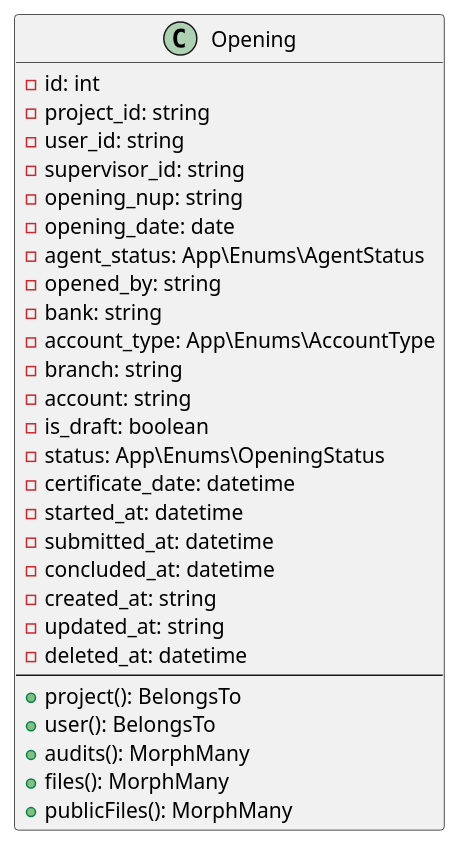
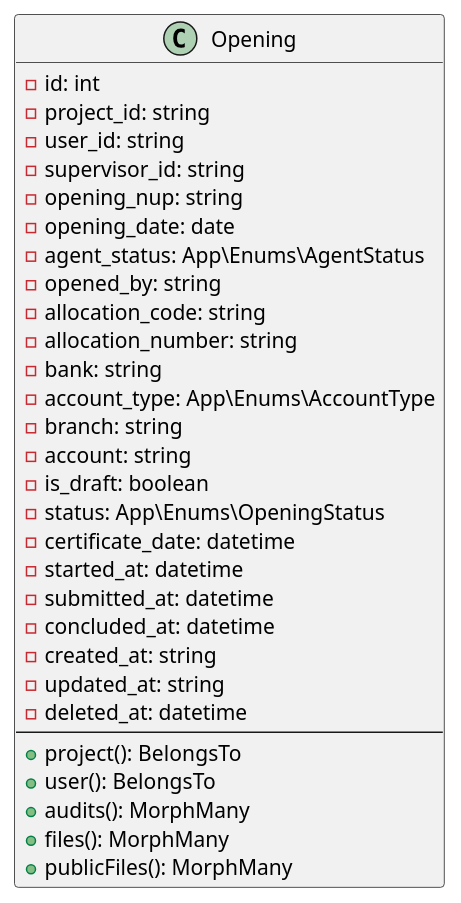
One commit to secultce/efomento changed the diagram in docs/diagrams/classes/Opening.puml. Above: the diagram before and after it, drawn with PlantUML. The commit also changed 12 other files, not shown here.

```diff
--- a/docs/diagrams/classes/Opening.puml
+++ b/docs/diagrams/classes/Opening.puml
@@ -1,33 +1,35 @@
 @startuml Opening
 
 class Opening {
     -id: int
     -project_id: string
     -user_id: string
     -supervisor_id: string
     -opening_nup: string
     -opening_date: date
     -agent_status: App\Enums\AgentStatus
     -opened_by: string
+    -allocation_code: string
+    -allocation_number: string
     -bank: string
     -account_type: App\Enums\AccountType
     -branch: string
     -account: string
     -is_draft: boolean
     -status: App\Enums\OpeningStatus
     -certificate_date: datetime
     -started_at: datetime
     -submitted_at: datetime
     -concluded_at: datetime
     -created_at: string
     -updated_at: string
     -deleted_at: datetime
     --
     +project(): BelongsTo
     +user(): BelongsTo
     +audits(): MorphMany
     +files(): MorphMany
     +publicFiles(): MorphMany
 }
 
 @enduml
```
